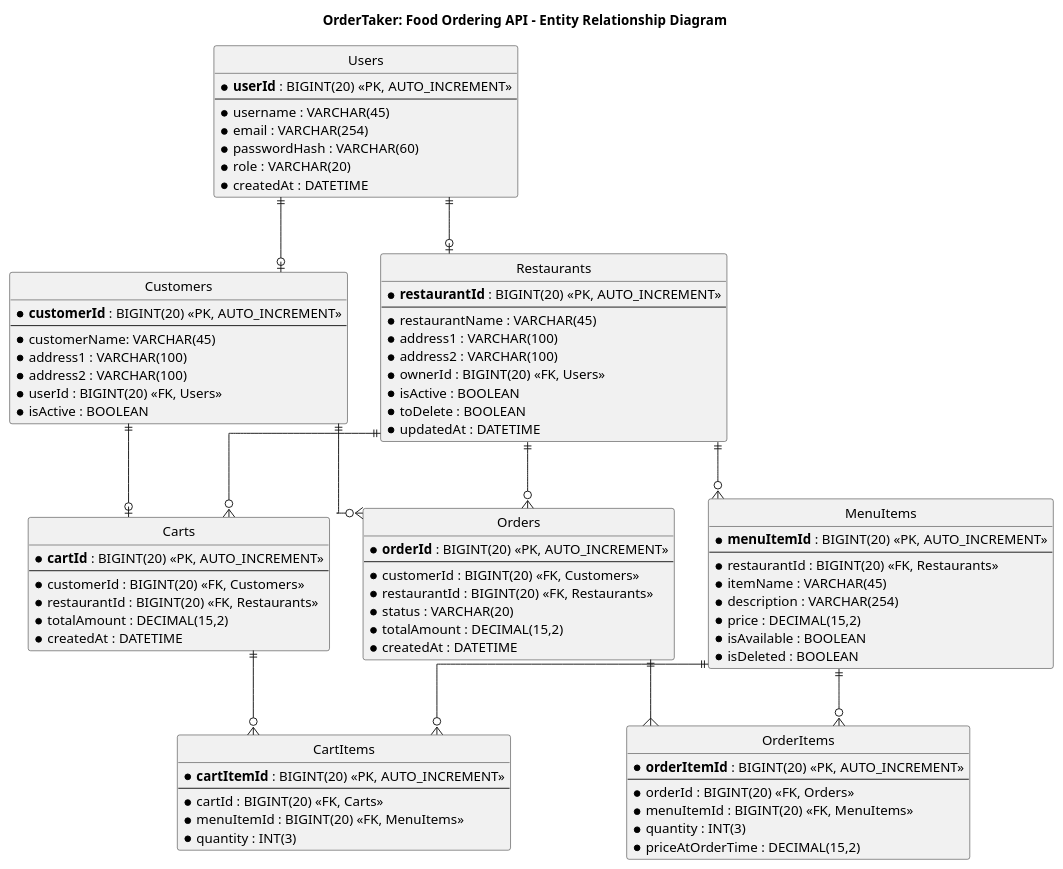
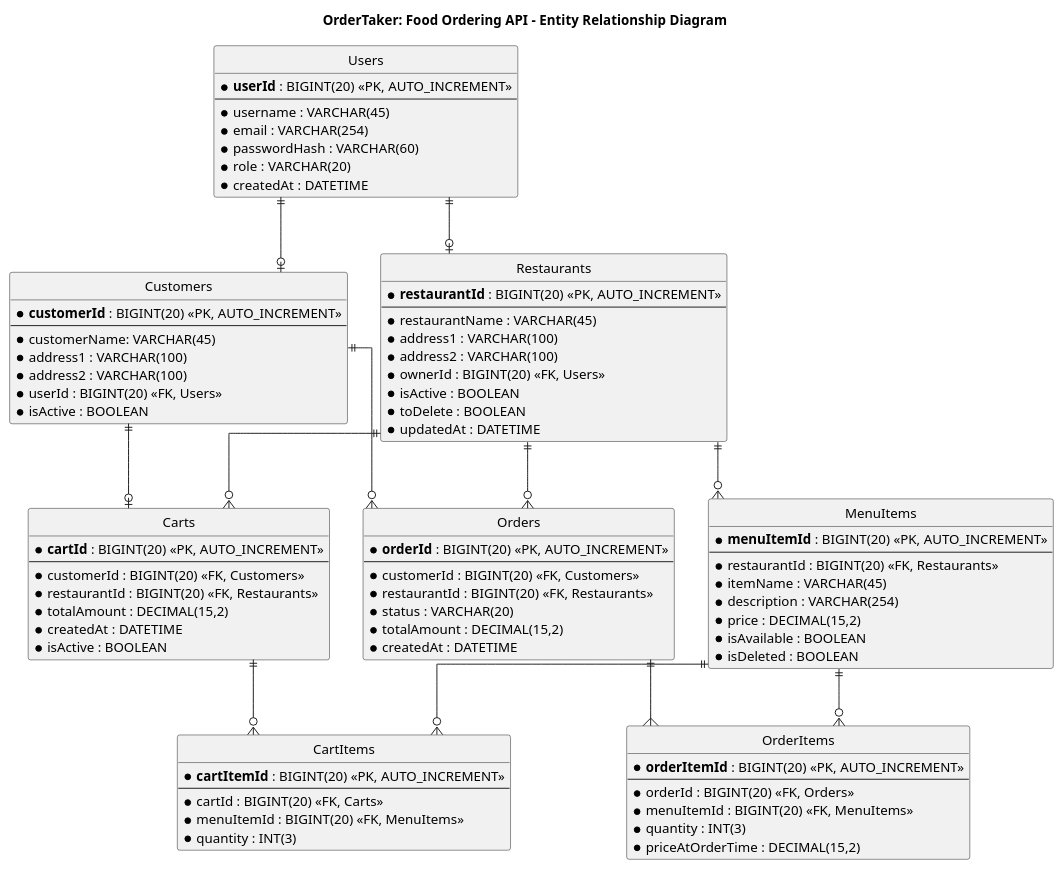
The diagram in docs/uml/ERD.puml (rvmchua/ordertaker), drawn with PlantUML before and after one commit. The commit also changed 10 other files, not shown here.

```diff
--- a/docs/uml/ERD.puml
+++ b/docs/uml/ERD.puml
@@ -1,97 +1,98 @@
 @startuml
 title OrderTaker: Food Ordering API - Entity Relationship Diagram
 skinparam linetype ortho
 hide circle
 
 entity "Users" as user {
     * **userId** : BIGINT(20) <<PK, AUTO_INCREMENT>>
     --
     * username : VARCHAR(45)
     * email : VARCHAR(254)
     * passwordHash : VARCHAR(60)
     * role : VARCHAR(20)
     * createdAt : DATETIME
 }
 
 entity "Customers" as customer {
     * **customerId** : BIGINT(20) <<PK, AUTO_INCREMENT>>
     --
     * customerName: VARCHAR(45)
     * address1 : VARCHAR(100)
     * address2 : VARCHAR(100)
     * userId : BIGINT(20) <<FK, Users>>
     * isActive : BOOLEAN
 }
 
 entity "Restaurants" as resto {
     * **restaurantId** : BIGINT(20) <<PK, AUTO_INCREMENT>>
     --
     * restaurantName : VARCHAR(45)
     * address1 : VARCHAR(100)
     * address2 : VARCHAR(100)
     * ownerId : BIGINT(20) <<FK, Users>>
     * isActive : BOOLEAN
     * toDelete : BOOLEAN
     * updatedAt : DATETIME
 }
 
 entity "MenuItems" as menu {
     * **menuItemId** : BIGINT(20) <<PK, AUTO_INCREMENT>>
     --
     * restaurantId : BIGINT(20) << FK, Restaurants>>
     * itemName : VARCHAR(45)
     * description : VARCHAR(254)
     * price : DECIMAL(15,2)
     * isAvailable : BOOLEAN
     * isDeleted : BOOLEAN
 }
 
 entity "Orders" as order {
     * **orderId** : BIGINT(20) <<PK, AUTO_INCREMENT>>
     --
     * customerId : BIGINT(20) <<FK, Customers>>
     * restaurantId : BIGINT(20) <<FK, Restaurants>>
     * status : VARCHAR(20)
     * totalAmount : DECIMAL(15,2)
     * createdAt : DATETIME
 }
 
 entity "OrderItems" as item {
     * **orderItemId** : BIGINT(20) <<PK, AUTO_INCREMENT>>
     --
     * orderId : BIGINT(20) <<FK, Orders>>
     * menuItemId : BIGINT(20) <<FK, MenuItems>>
     * quantity : INT(3)
     * priceAtOrderTime : DECIMAL(15,2)
 }
 
 entity "Carts" as cart {
     * **cartId** : BIGINT(20) <<PK, AUTO_INCREMENT>>
     --
     * customerId : BIGINT(20) <<FK, Customers>>
     * restaurantId : BIGINT(20) <<FK, Restaurants>>
     * totalAmount : DECIMAL(15,2)
     * createdAt : DATETIME
+    * isActive : BOOLEAN
 }
 
 entity "CartItems" as cartitem {
     * **cartItemId** : BIGINT(20) <<PK, AUTO_INCREMENT>>
     --
     * cartId : BIGINT(20) <<FK, Carts>>
     * menuItemId : BIGINT(20) <<FK, MenuItems>>
     * quantity : INT(3)
 }
 
 user ||--o|resto
 user ||--o| customer
 resto ||--o{ menu
 customer ||--o{ order
 resto ||--o{ order
 order ||--{ item
 menu ||--o{ item
 customer ||--o| cart
 resto ||--o{ cart
 cart ||--o{ cartitem
 menu ||--o{ cartitem
 
 @enduml
```
